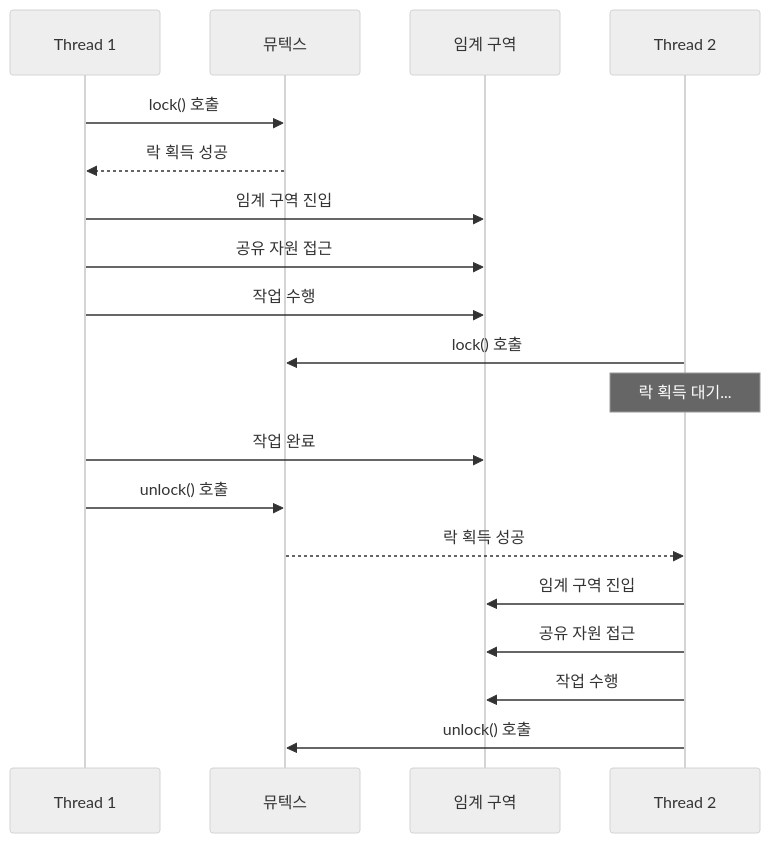
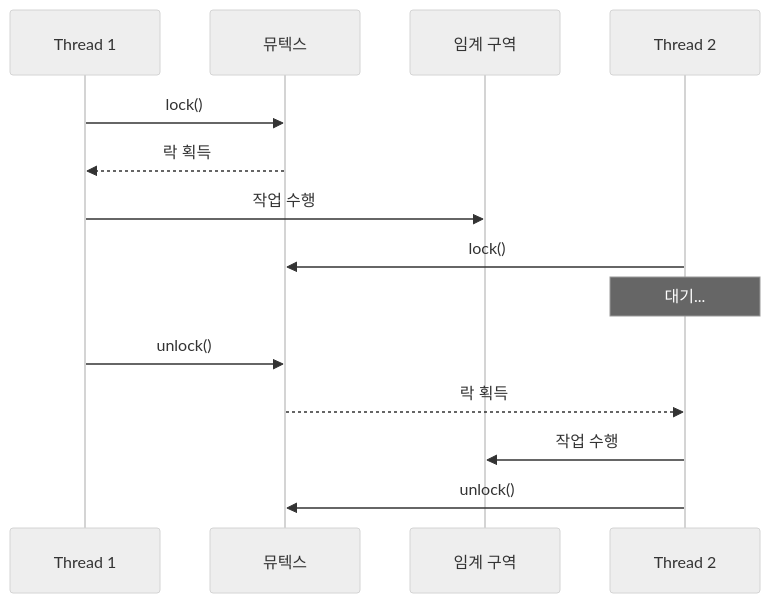
One commit to GYUTORY/YGSTUDY changed the diagram in Develop/OS/Process & Thread/레이스_컨디션.md. Above: the diagram before and after it, drawn with Mermaid (neutral theme). The commit also changed other lines of this file, not shown here.

````diff
--- a/Develop/OS/Process & Thread/레이스_컨디션.md
+++ b/Develop/OS/Process & Thread/레이스_컨디션.md
@@ -181,24 +455,19 @@
 ```mermaid
 sequenceDiagram
     participant T1 as Thread 1
     participant Mutex as 뮤텍스
     participant CS as 임계 구역
     participant T2 as Thread 2
-    
-    T1->>Mutex: lock() 호출
-    Mutex-->>T1: 락 획득 성공
-    T1->>CS: 임계 구역 진입
-    T1->>CS: 공유 자원 접근
+
+    T1->>Mutex: lock()
+    Mutex-->>T1: 락 획득
     T1->>CS: 작업 수행
-    
-    T2->>Mutex: lock() 호출
-    Note over T2: 락 획득 대기...
-    
-    T1->>CS: 작업 완료
-    T1->>Mutex: unlock() 호출
-    Mutex-->>T2: 락 획득 성공
-    T2->>CS: 임계 구역 진입
-    T2->>CS: 공유 자원 접근
+
+    T2->>Mutex: lock()
+    Note over T2: 대기...
+
+    T1->>Mutex: unlock()
+    Mutex-->>T2: 락 획득
     T2->>CS: 작업 수행
-    T2->>Mutex: unlock() 호출
+    T2->>Mutex: unlock()
 ```
````
